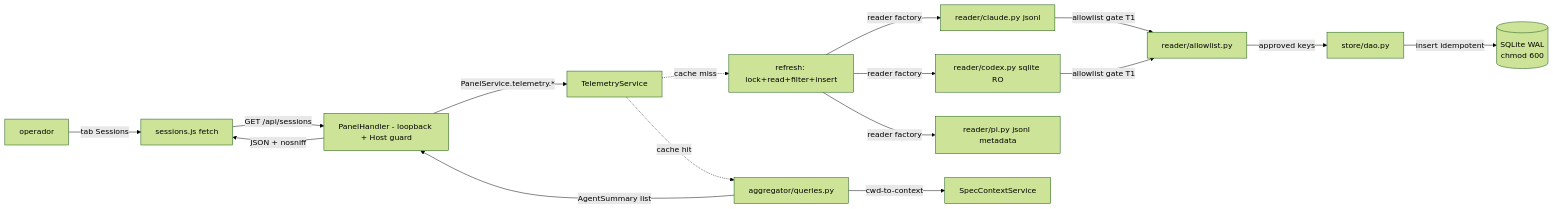
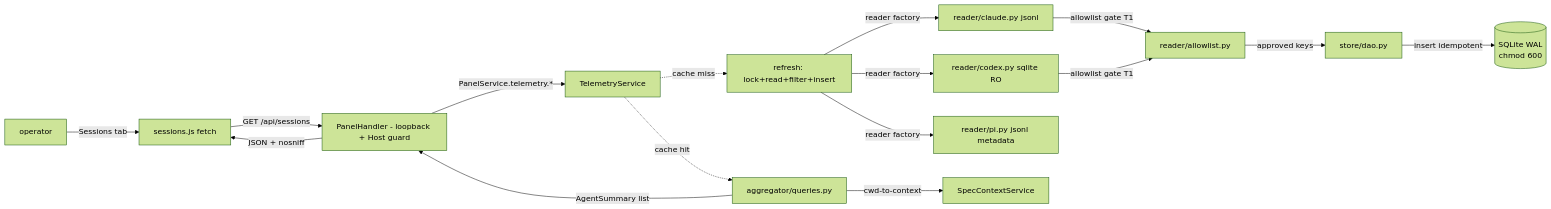
Before and after one commit to marcoaureliomenezes/dadaia-workspace: the diagram in specs/memory/product/agents/agent-monitoring.md, drawn with Mermaid (forest theme). The commit also changed other lines of this file and 31 other files, not shown here.

````diff
--- a/specs/memory/product/agents/agent-monitoring.md
+++ b/specs/memory/product/agents/agent-monitoring.md
@@ -43,18 +43,18 @@
 ```mermaid
 flowchart LR
-    OP[operador] -->|tab Sessions| JS[sessions.js fetch]
+    OP[operator] -->|Sessions tab| JS[sessions.js fetch]
     JS -->|GET /api/sessions| H[PanelHandler - loopback + Host guard]
     H -->|PanelService.telemetry.*| SVC[TelemetryService]
     SVC -.cache miss.-> RFR[refresh: lock+read+filter+insert]
     RFR -->|reader factory| CR[reader/claude.py jsonl]
     RFR -->|reader factory| CX[reader/codex.py sqlite RO]
     RFR -->|reader factory| PIr[reader/pi.py jsonl metadata]
     CR -->|allowlist gate T1| ALW[reader/allowlist.py]
     CX -->|allowlist gate T1| ALW
     ALW -->|approved keys| DAO[store/dao.py]
     DAO -->|insert idempotent| DB[(SQLite WAL\nchmod 600)]
     SVC -.cache hit.-> AGG[aggregator/queries.py]
     AGG -->|cwd-to-context| SCS[SpecContextService]
     AGG -->|AgentSummary list| H
     H -->|JSON + nosniff| JS
 ```
````
